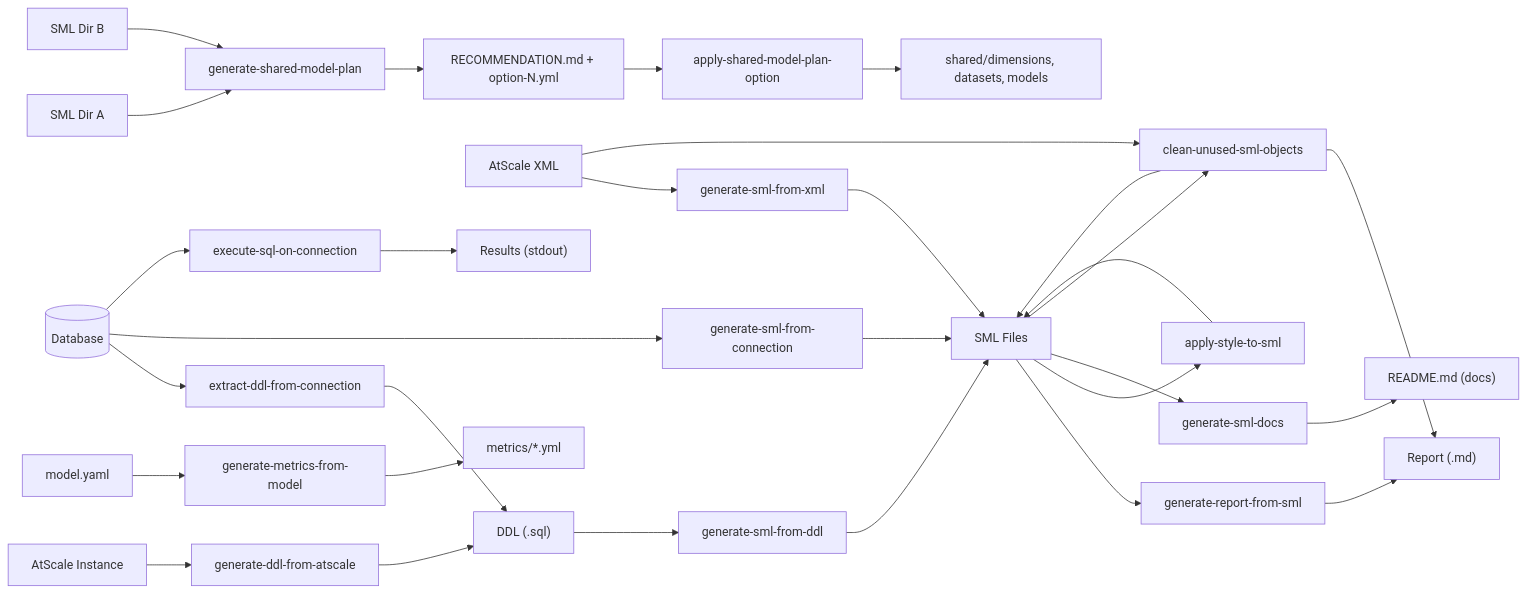
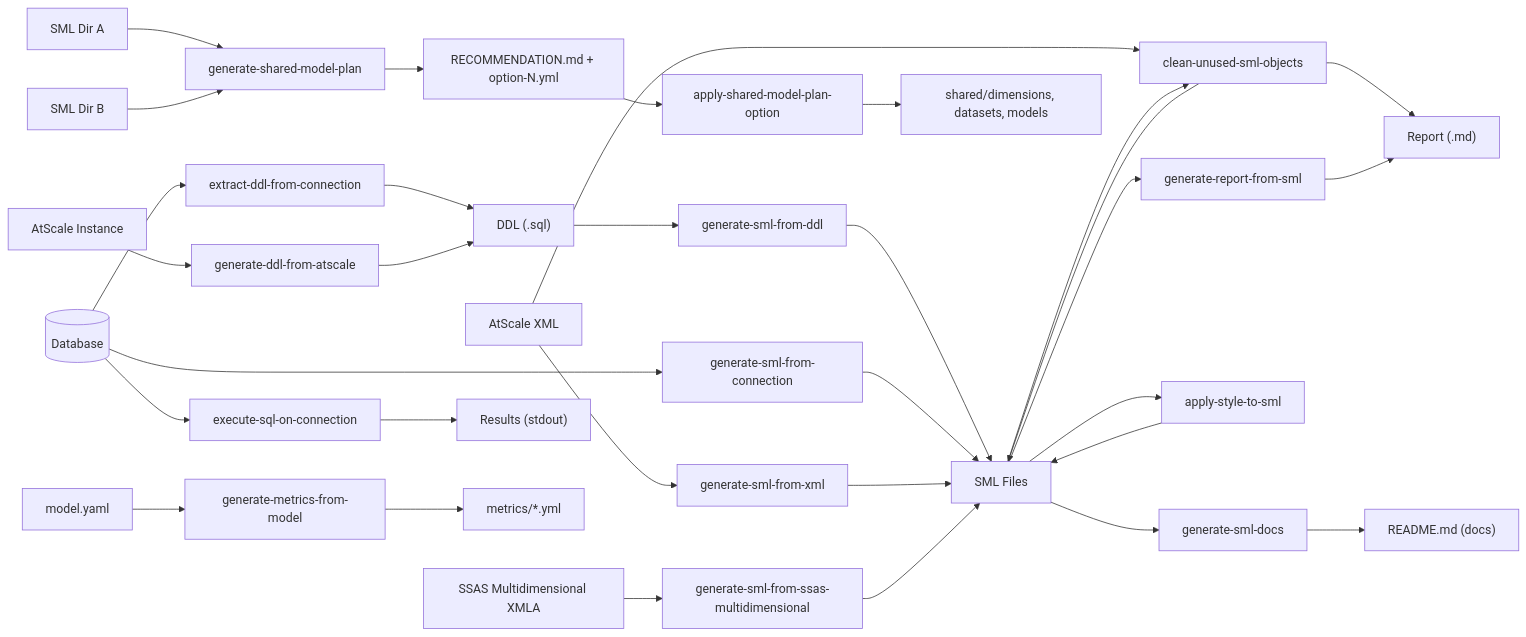
One commit to AtScaleInc/ps-utils changed the second of 8 diagrams in README.md. Above: the diagram before and after it, drawn with Mermaid. The commit also changed other lines of this file and 13 other files, not shown here.

````diff
--- a/README.md
+++ b/README.md
@@ -35,18 +35,19 @@
 ```mermaid
 flowchart LR
     DB[("Database")] --> A["extract-ddl-from-connection"] --> DDL["DDL (.sql)"]
     ATS["AtScale Instance"] --> B["generate-ddl-from-atscale"] --> DDL
     DDL --> C["generate-sml-from-ddl"] --> SML["SML Files"]
     DB --> D["generate-sml-from-connection"] --> SML
     XML["AtScale XML"] --> G["generate-sml-from-xml"] --> SML
+    SSASMD["SSAS Multidimensional XMLA"] --> N["generate-sml-from-ssas-multidimensional"] --> SML
     XML --> L["generate-report-from-xml"] --> RPT["Report (.md)"]
     SML --> M["generate-report-from-sml"] --> RPT
     SML2A["SML Dir A"] --> H["generate-shared-model-plan"] --> PLAN["RECOMMENDATION.md + option-N.yml"]
     SML2B["SML Dir B"] --> H
     PLAN --> I["apply-shared-model-plan-option"] --> SHARED["shared/dimensions, datasets, models"]
     DB --> E["execute-sql-on-connection"] --> OUT["Results (stdout)"]
     MODEL["model.yaml"] --> F["generate-metrics-from-model"] --> METRICS["metrics/*.yml"]
     SML --> J["apply-style-to-sml"] --> SML
     SML --> K["generate-sml-docs"] --> DOCS["README.md (docs)"]
     SML --> L["clean-unused-sml-objects"] --> SML
 ```
````
